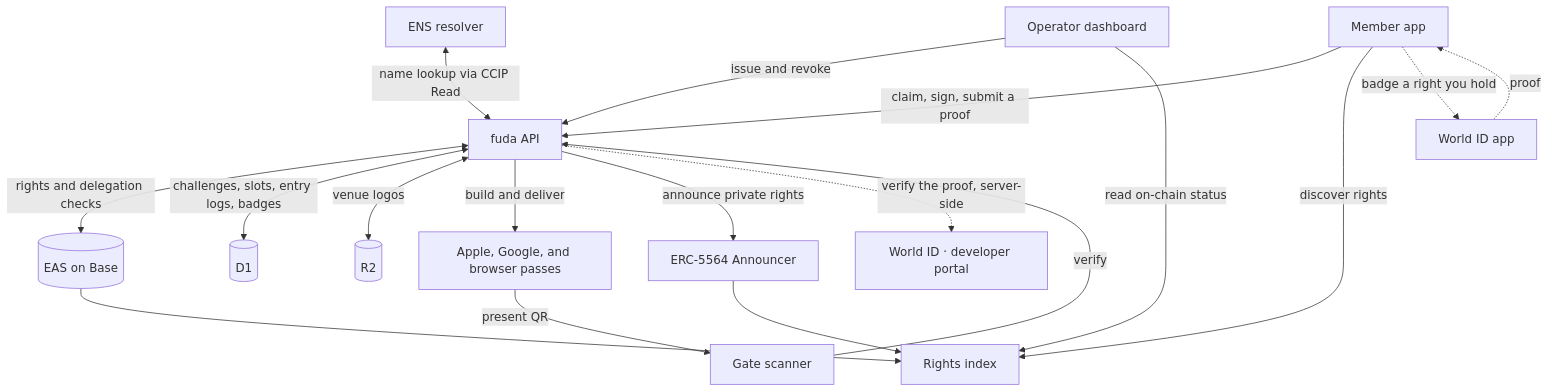
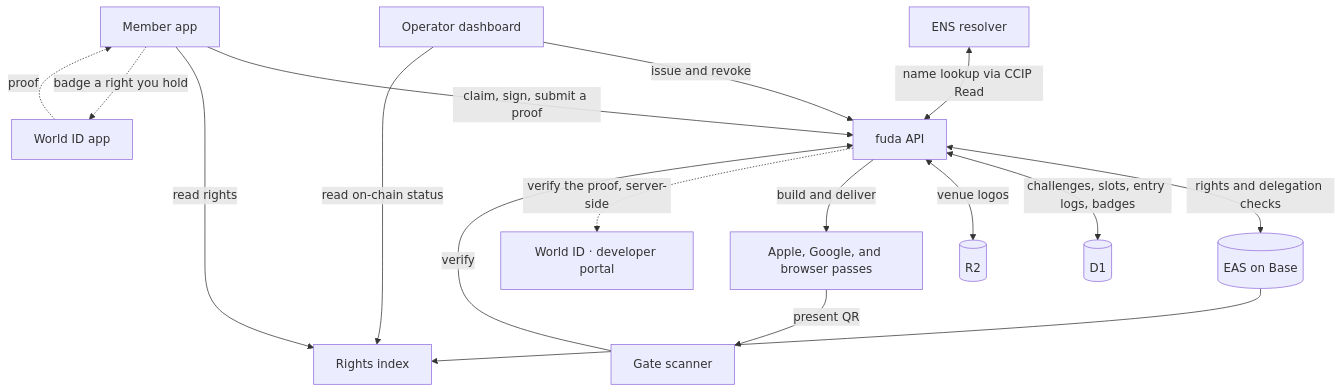
One commit to oboroxyz/fuda-sh changed the first of 2 diagrams in README.md. Above: the diagram before and after it, drawn with Mermaid. The commit also changed other lines of this file and 138 other files, not shown here.

````diff
--- a/README.md
+++ b/README.md
@@ -29,20 +29,18 @@
 ```mermaid
 flowchart TB
     DASH[Operator dashboard] -->|issue and revoke| API[fuda API]
     APP[Member app] -->|claim, sign, submit a proof| API
     GATE[Gate scanner] -->|verify| API
     API <-->|rights and delegation checks| EAS[(EAS on Base)]
     API <-->|challenges, slots, entry logs, badges| D1[(D1)]
     API <-->|venue logos| R2[(R2)]
     API -->|build and deliver| PASS[Apple, Google, and browser passes]
     PASS -->|present QR| GATE
     EAS --> INDEX[Rights index]
-    ANN[ERC-5564 Announcer] --> INDEX
-    API -->|announce private rights| ANN
-    APP -->|discover rights| INDEX
+    APP -->|read rights| INDEX
     DASH -->|read on-chain status| INDEX
     ENS[ENS resolver] <-->|name lookup via CCIP Read| API
     APP -. "badge a right you hold" .-> WID[World ID app]
     WID -. proof .-> APP
     API -. "verify the proof, server-side" .-> WORLD[World ID · developer portal]
 ```
````
